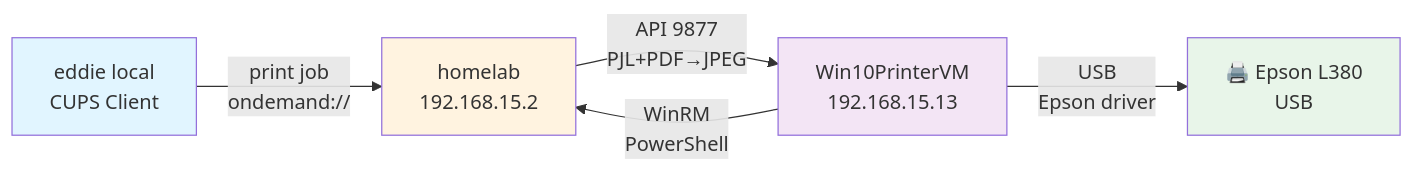
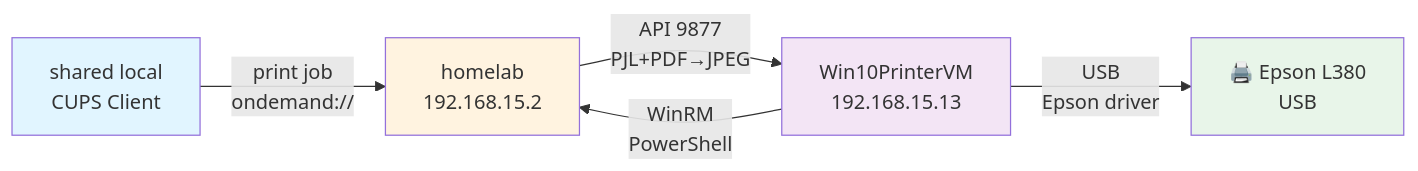
The diagram in EPSON_L380_PRINTER_ONDEMAND_FINAL.md (eddiejdi/eddie-auto-dev), drawn with Mermaid before and after one commit. The commit also changed other lines of this file and 3791 other files, not shown here.

````diff
--- a/EPSON_L380_PRINTER_ONDEMAND_FINAL.md
+++ b/EPSON_L380_PRINTER_ONDEMAND_FINAL.md
@@ -23,17 +23,17 @@
 ```mermaid
 graph LR
-    A["eddie local<br/>CUPS Client"]
+    A["shared local<br/>CUPS Client"]
     B["homelab<br/>192.168.15.2"]
     C["Win10PrinterVM<br/>192.168.15.13"]
     D["🖨️ Epson L380<br/>USB"]
     
     A -->|print job<br/>ondemand://| B
     B -->|API 9877<br/>PJL+PDF→JPEG| C
     C -->|WinRM<br/>PowerShell| B
     C -->|USB<br/>Epson driver| D
     
     style A fill:#e1f5ff
     style B fill:#fff3e0
     style C fill:#f3e5f5
     style D fill:#e8f5e9
 ```
````
